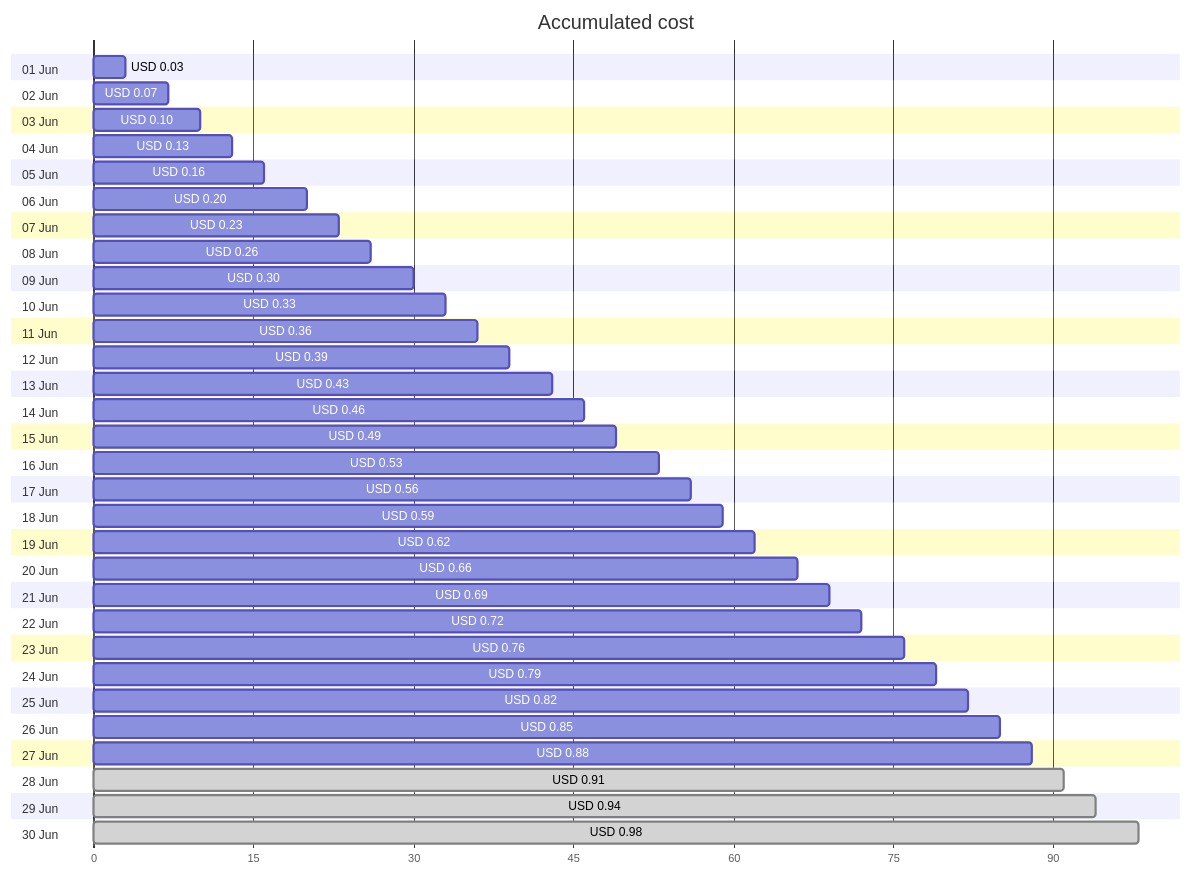
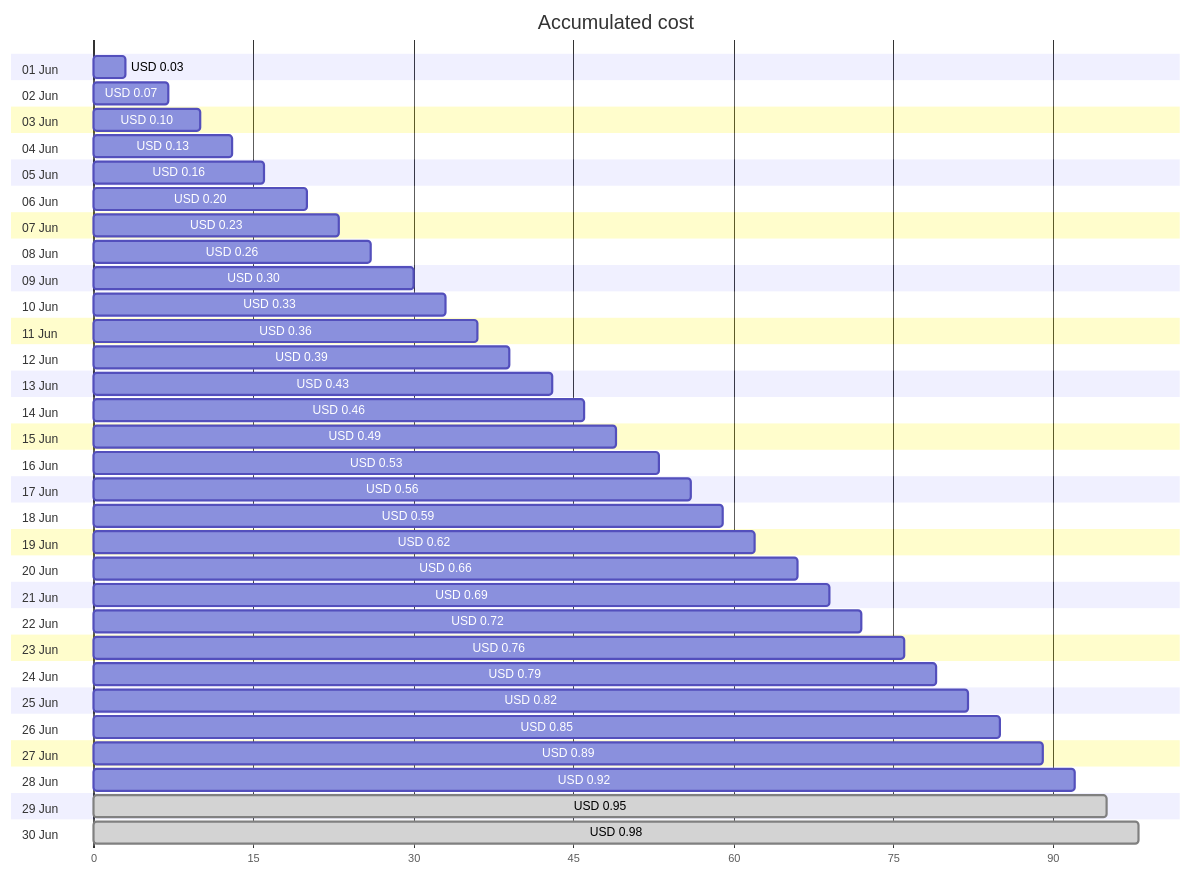
Before and after one commit to jpfulton/azure-personal-reports: the first of 4 diagrams in cost-reports/personal-dns/README.md, drawn with Mermaid. The commit also changed other lines of this file and 2 other files, not shown here.

````diff
--- a/cost-reports/personal-dns/README.md
+++ b/cost-reports/personal-dns/README.md
@@ -20,66 +20,66 @@
 ```mermaid
 gantt
    title Accumulated cost
    dateFormat  X
    axisFormat %s
    section 01 Jun
    USD 0.03 :0, 3
    section 02 Jun
    USD 0.07 :0, 7
    section 03 Jun
    USD 0.10 :0, 10
    section 04 Jun
    USD 0.13 :0, 13
    section 05 Jun
    USD 0.16 :0, 16
    section 06 Jun
    USD 0.20 :0, 20
    section 07 Jun
    USD 0.23 :0, 23
    section 08 Jun
    USD 0.26 :0, 26
    section 09 Jun
    USD 0.30 :0, 30
    section 10 Jun
    USD 0.33 :0, 33
    section 11 Jun
    USD 0.36 :0, 36
    section 12 Jun
    USD 0.39 :0, 39
    section 13 Jun
    USD 0.43 :0, 43
    section 14 Jun
    USD 0.46 :0, 46
    section 15 Jun
    USD 0.49 :0, 49
    section 16 Jun
    USD 0.53 :0, 53
    section 17 Jun
    USD 0.56 :0, 56
    section 18 Jun
    USD 0.59 :0, 59
    section 19 Jun
    USD 0.62 :0, 62
    section 20 Jun
    USD 0.66 :0, 66
    section 21 Jun
    USD 0.69 :0, 69
    section 22 Jun
    USD 0.72 :0, 72
    section 23 Jun
    USD 0.76 :0, 76
    section 24 Jun
    USD 0.79 :0, 79
    section 25 Jun
    USD 0.82 :0, 82
    section 26 Jun
    USD 0.85 :0, 85
    section 27 Jun
-   USD 0.88 :0, 88
+   USD 0.89 :0, 89
    section 28 Jun
-   USD 0.91 : done, 0, 91
+   USD 0.92 :0, 92
    section 29 Jun
-   USD 0.94 : done, 0, 94
+   USD 0.95 : done, 0, 95
    section 30 Jun
    USD 0.98 : done, 0, 98
 ```
````
